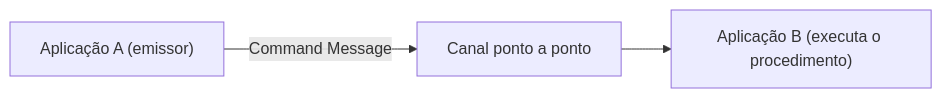
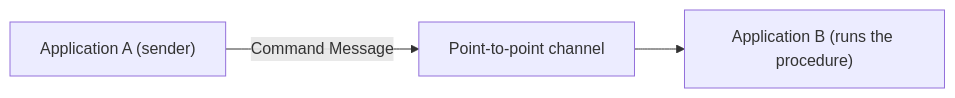
Before and after one commit to alancesar/design-patterns: the diagram in docs/architecture/eip/message-construction/command-message.md, drawn with Mermaid. The commit also changed 258 other files, not shown here.

First line of the commit message:
Translate Mermaid diagrams to English

````diff
--- a/docs/architecture/eip/message-construction/command-message.md
+++ b/docs/architecture/eip/message-construction/command-message.md
@@ -51,5 +51,5 @@
 ```mermaid
 flowchart LR
-    A["Aplicação A (emissor)"] -->|"Command Message"| C["Canal ponto a ponto"]
-    C --> B["Aplicação B (executa o procedimento)"]
+    A["Application A (sender)"] -->|"Command Message"| C["Point-to-point channel"]
+    C --> B["Application B (runs the procedure)"]
 ```
````
